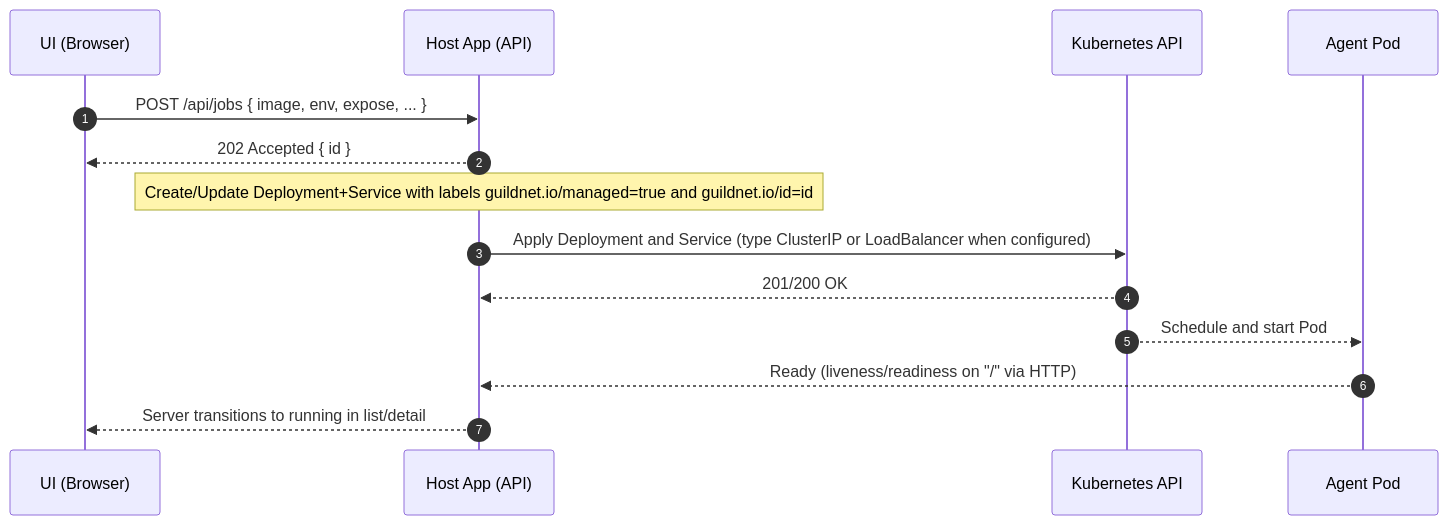
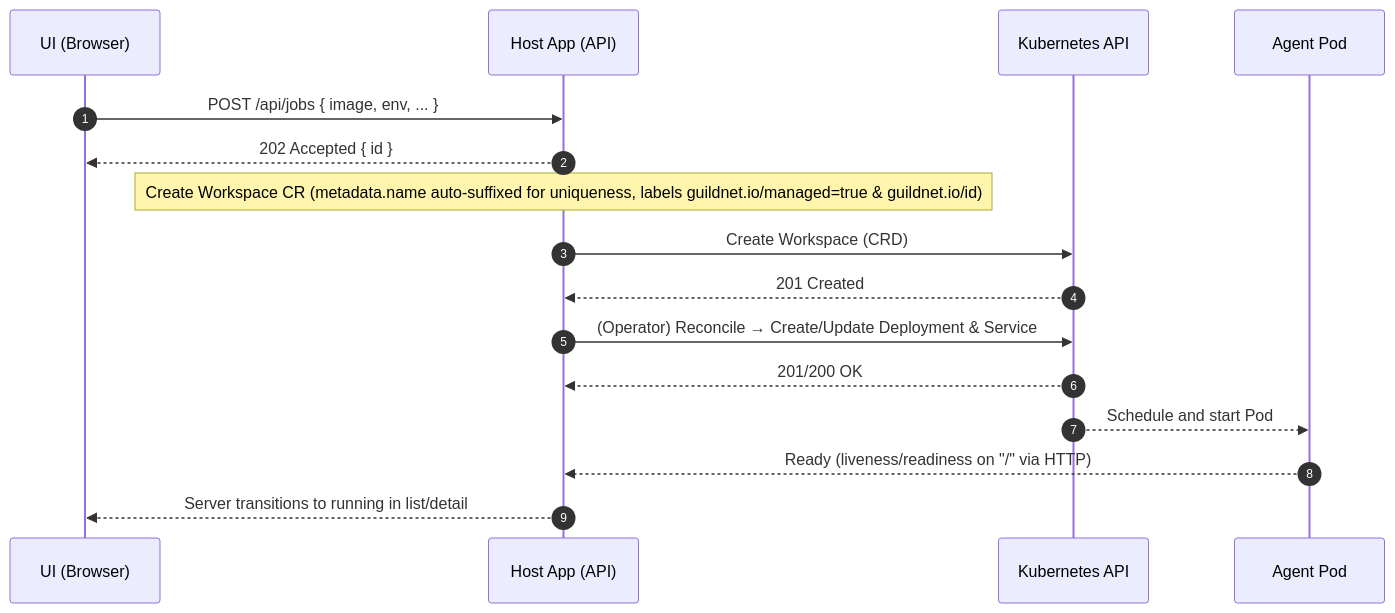
The second of 3 diagrams in architecture.md (docxology/GuildNet), drawn with Mermaid before and after one commit. The commit also changed other lines of this file, not shown here.

Commit message:
Refactor GuildNet architecture documentation to enhance clarity on the Operator and Workspace CRD, including detailed component diagrams and updated responsibilities for the embedded operator.

````diff
--- a/architecture.md
+++ b/architecture.md
@@ -89,17 +169,19 @@
 ```mermaid
 sequenceDiagram
   autonumber
   participant U as UI (Browser)
   participant B as Host App (API)
   participant K as Kubernetes API
   participant P as Agent Pod
 
-  U->>B: POST /api/jobs { image, env, expose, ... }
+  U->>B: POST /api/jobs { image, env, ... }
   B-->>U: 202 Accepted { id }
-  Note over B: Create/Update Deployment+Service with labels guildnet.io/managed=true and guildnet.io/id=id
-  B->>K: Apply Deployment and Service (type ClusterIP or LoadBalancer when configured)
+  Note over B: Create Workspace CR (metadata.name auto‑suffixed for uniqueness, labels guildnet.io/managed=true & guildnet.io/id)
+  B->>K: Create Workspace (CRD)
+  K-->>B: 201 Created
+  B->>K: (Operator) Reconcile → Create/Update Deployment & Service
   K-->>B: 201/200 OK
   K-->>P: Schedule and start Pod
   P-->>B: Ready (liveness/readiness on "/" via HTTP)
   B-->>U: Server transitions to running in list/detail
 ```
````
